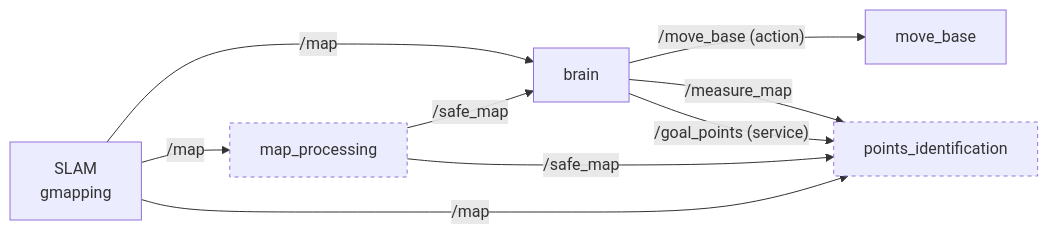
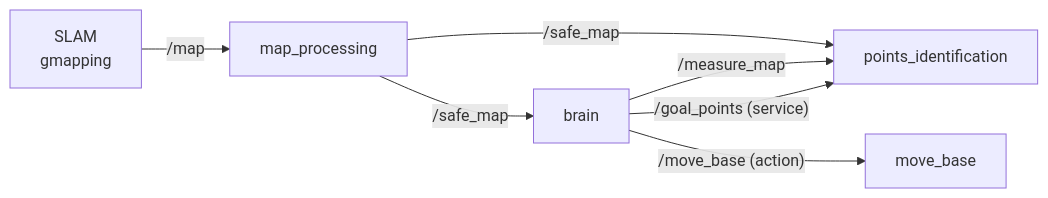
The diagram in README.md (PedroSoler10/awm), drawn with Mermaid before and after one commit. The commit also changed other lines of this file and 1 other file, not shown here.

Commit message:
Document the single goal pipeline and the new map rules

````diff
--- a/README.md
+++ b/README.md
@@ -7,13 +7,9 @@
 ```mermaid
 flowchart LR
-  slam[SLAM<br/>gmapping] -- /map --> brain
-  brain -- "/move_base (action)" --> mb[move_base]
-  brain -- /measure_map --> pi
-  slam -- /map --> mp[map_processing]
+  slam[SLAM<br/>gmapping] -- /map --> mp[map_processing]
   mp -- /safe_map --> brain
   mp -- /safe_map --> pi[points_identification]
-  slam -- /map --> pi
+  brain -- /measure_map --> pi
   brain -- "/goal_points (service)" --> pi
-  classDef modular stroke-dasharray: 4 4
-  class mp,pi modular
+  brain -- "/move_base (action)" --> mb[move_base]
 ```
````
